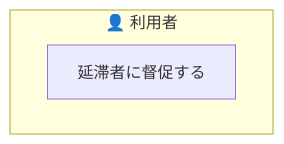
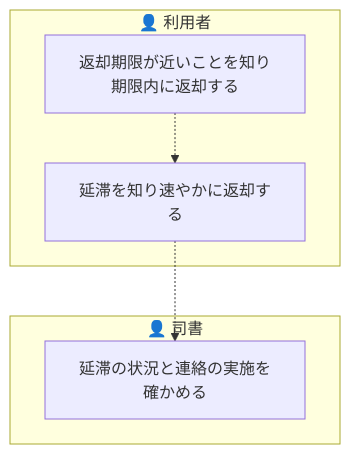
The seventh of 9 diagrams in samples/distillery2/library-loan/docs/requirements/rdra/views/03_業務フロー.md (suwa-sh/suwa-sh-claude-plugins), drawn with Mermaid before and after one commit. The commit also changed other lines of this file and 249 other files, not shown here.

````diff
--- a/samples/distillery2/library-loan/docs/requirements/rdra/views/03_業務フロー.md
+++ b/samples/distillery2/library-loan/docs/requirements/rdra/views/03_業務フロー.md
@@ -155,6 +156,12 @@
 ```mermaid
 graph TD
   subgraph LN1["👤 利用者"]
-    AT1["延滞者に督促する"]
+    AT1["返却期限が近いことを知り期限内に返却する"]
+    AT2["延滞を知り速やかに返却する"]
   end
+  subgraph LN2["👤 司書"]
+    AT3["延滞の状況と連絡の実施を確かめる"]
+  end
+  AT1 -.-> AT2
+  AT2 -.-> AT3
 ```
````
